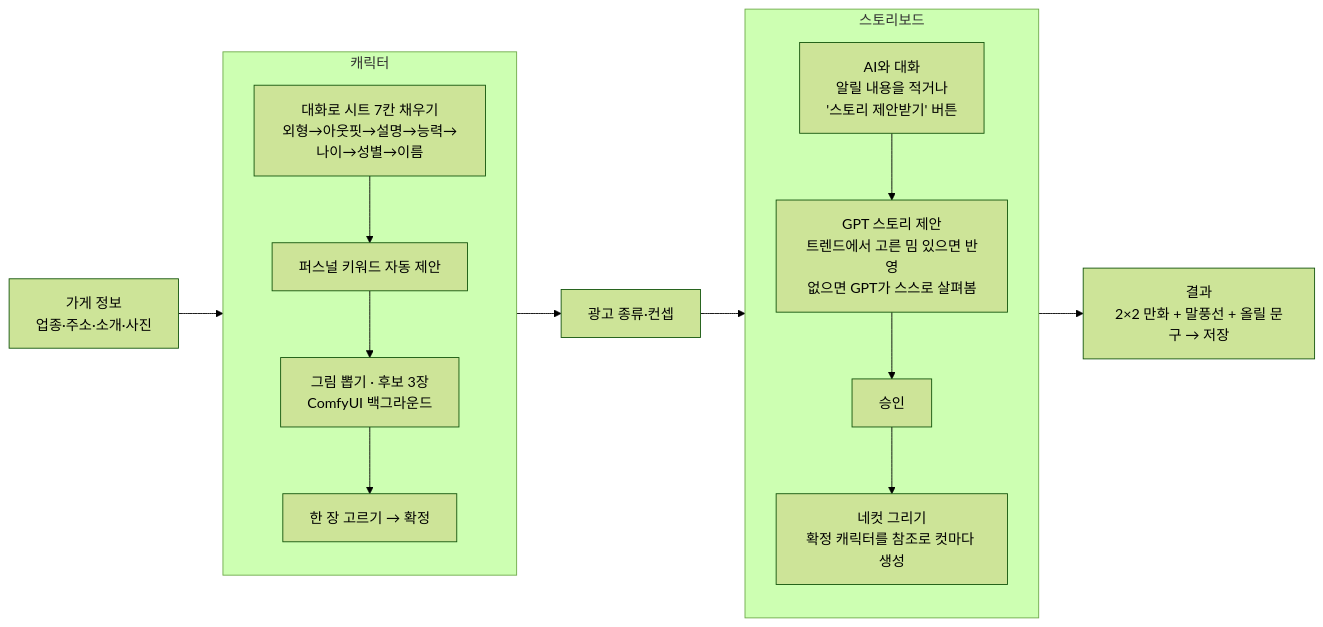
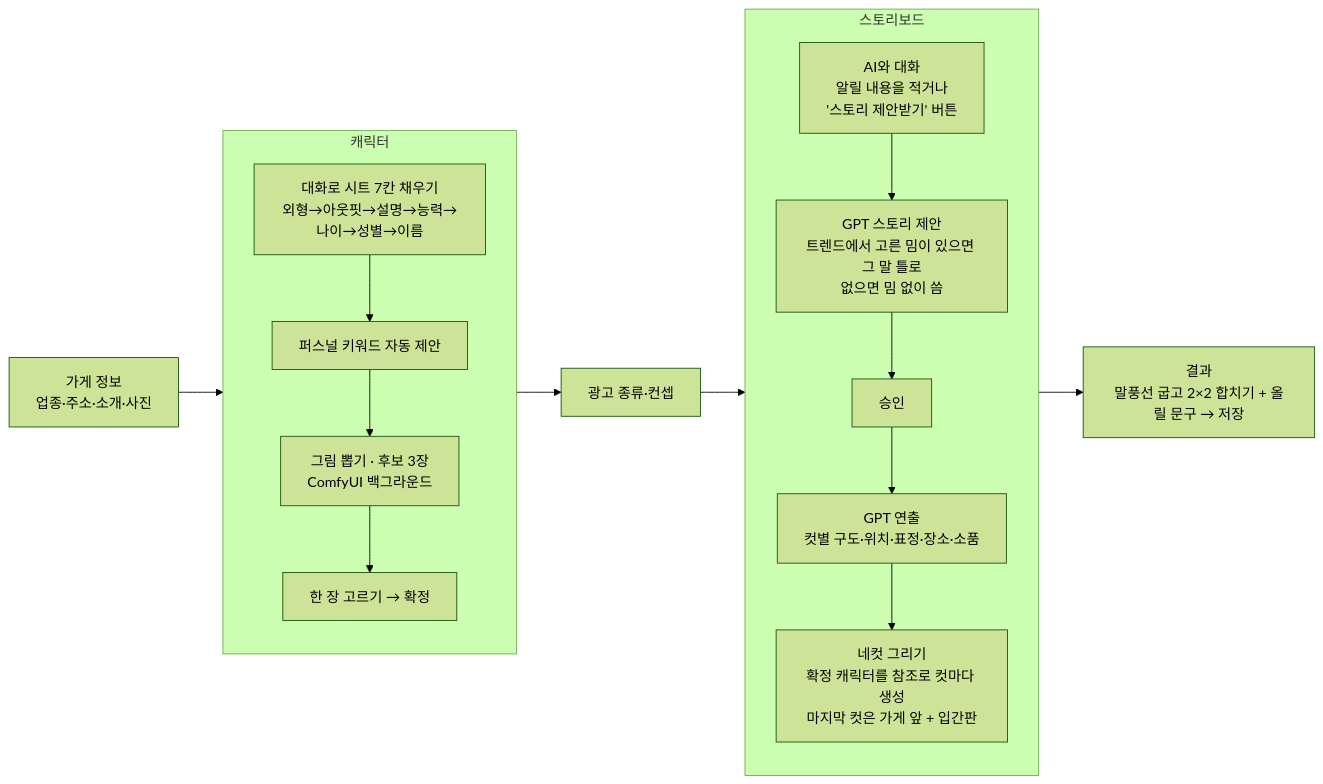
One commit to beomjin2/Adflow changed the first of 3 diagrams in README.md. Above: the diagram before and after it, drawn with Mermaid (forest theme). The commit also changed other lines of this file, not shown here.

Commit message:
docs: README 1~3절을 현재 네컷 흐름에 맞춤 (연출·슬롯 태그·위치 크롭·입간판·간판 검사·말풍선 합성·trace)

````diff
--- a/README.md
+++ b/README.md
@@ -8,19 +8,20 @@
 ```mermaid
 flowchart LR
     S[가게 정보<br/>업종·주소·소개·사진] --> C
     subgraph C[캐릭터]
         direction TB
         C1[대화로 시트 7칸 채우기<br/>외형→아웃핏→설명→능력→나이→성별→이름] --> C2[퍼스널 키워드 자동 제안]
         C2 --> C3[그림 뽑기 · 후보 3장<br/>ComfyUI 백그라운드]
         C3 --> C4[한 장 고르기 → 확정]
     end
     C --> A[광고 종류·컨셉]
     A --> SB
     subgraph SB[스토리보드]
         direction TB
-        B1["AI와 대화<br/>알릴 내용을 적거나<br/>'스토리 제안받기' 버튼"] --> B2[GPT 스토리 제안<br/>트렌드에서 고른 밈 있으면 반영<br/>없으면 GPT가 스스로 살펴봄]
+        B1["AI와 대화<br/>알릴 내용을 적거나<br/>'스토리 제안받기' 버튼"] --> B2[GPT 스토리 제안<br/>트렌드에서 고른 밈이 있으면 그 말 틀로<br/>없으면 밈 없이 씀]
         B2 --> B3[승인]
-        B3 --> B4[네컷 그리기<br/>확정 캐릭터를 참조로 컷마다 생성]
+        B3 --> B4[GPT 연출<br/>컷별 구도·위치·표정·장소·소품]
+        B4 --> B5[네컷 그리기<br/>확정 캐릭터를 참조로 컷마다 생성<br/>마지막 컷은 가게 앞 + 입간판]
     end
-    SB --> R[결과<br/>2×2 만화 + 말풍선 + 올릴 문구 → 저장]
+    SB --> R[결과<br/>말풍선 굽고 2×2 합치기 + 올릴 문구 → 저장]
 ```
````
